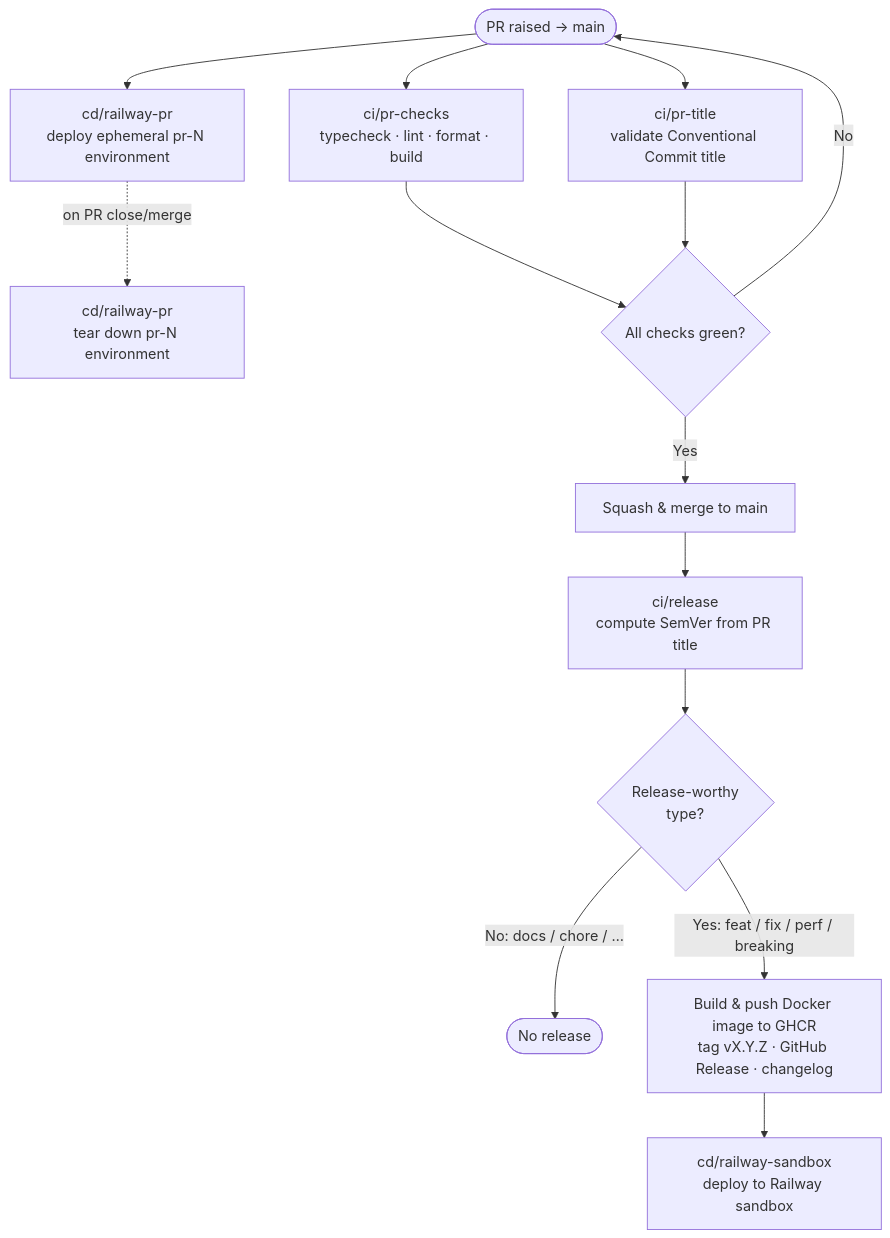
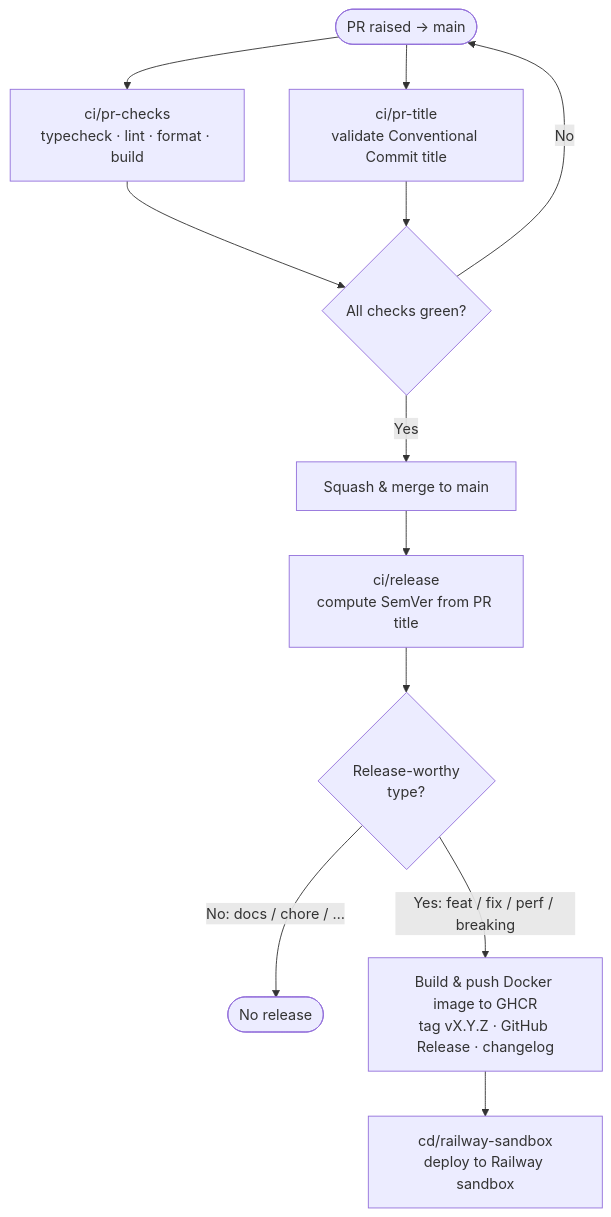
The first of 2 diagrams in CONTRIBUTING.md (peter6055/livemaid), drawn with Mermaid before and after one commit. The commit also changed other lines of this file and 1 other file, not shown here.

First line of the commit message:
revert: remove Railway PR preview workflow

````diff
--- a/CONTRIBUTING.md
+++ b/CONTRIBUTING.md
@@ -88,16 +87,14 @@
 ```mermaid
 flowchart TD
     A([PR raised → main]) --> B[ci/pr-checks<br/>typecheck · lint · format · build]
     A --> C[ci/pr-title<br/>validate Conventional Commit title]
-    A --> P[cd/railway-pr<br/>deploy ephemeral pr-N environment]
-    P -. on PR close/merge .-> Q[cd/railway-pr<br/>tear down pr-N environment]
     B --> D{All checks green?}
     C --> D
     D -->|No| A
     D -->|Yes| E[Squash &amp; merge to main]
     E --> F[ci/release<br/>compute SemVer from PR title]
     F --> G{Release-worthy<br/>type?}
     G -->|No: docs / chore / …| H([No release])
     G -->|Yes: feat / fix / perf / breaking| I[Build &amp; push Docker image to GHCR<br/>tag vX.Y.Z · GitHub Release · changelog]
     I --> J[cd/railway-sandbox<br/>deploy to Railway sandbox]
 ```
````
